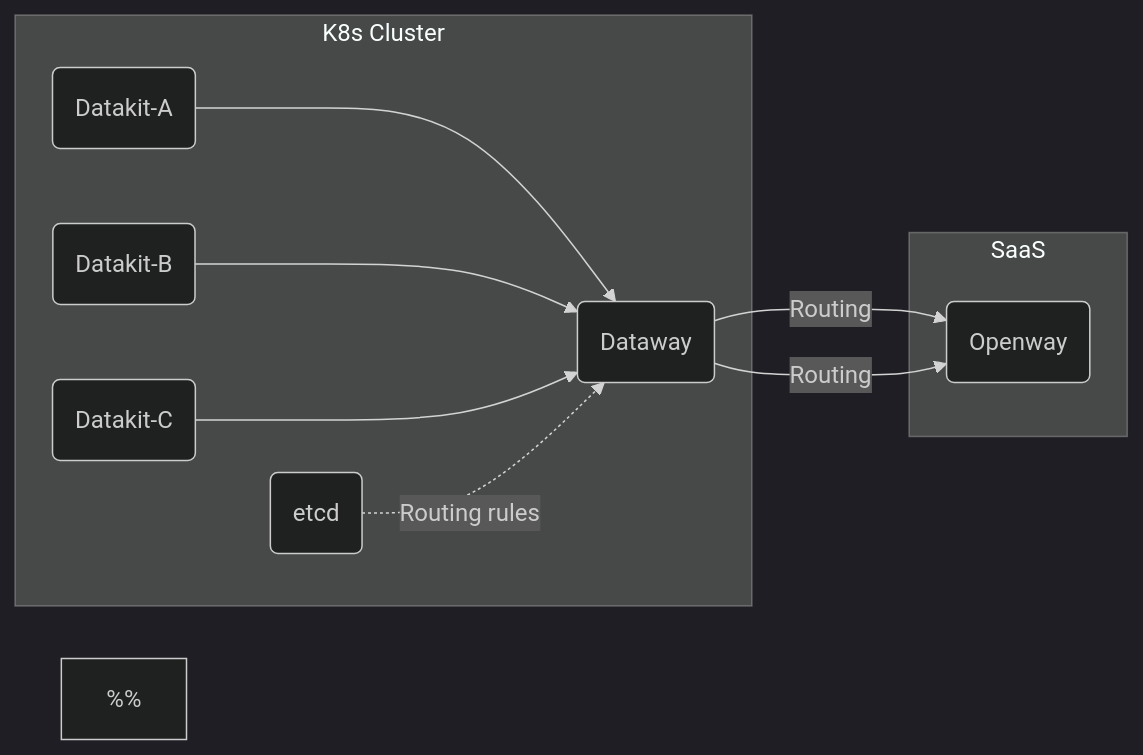
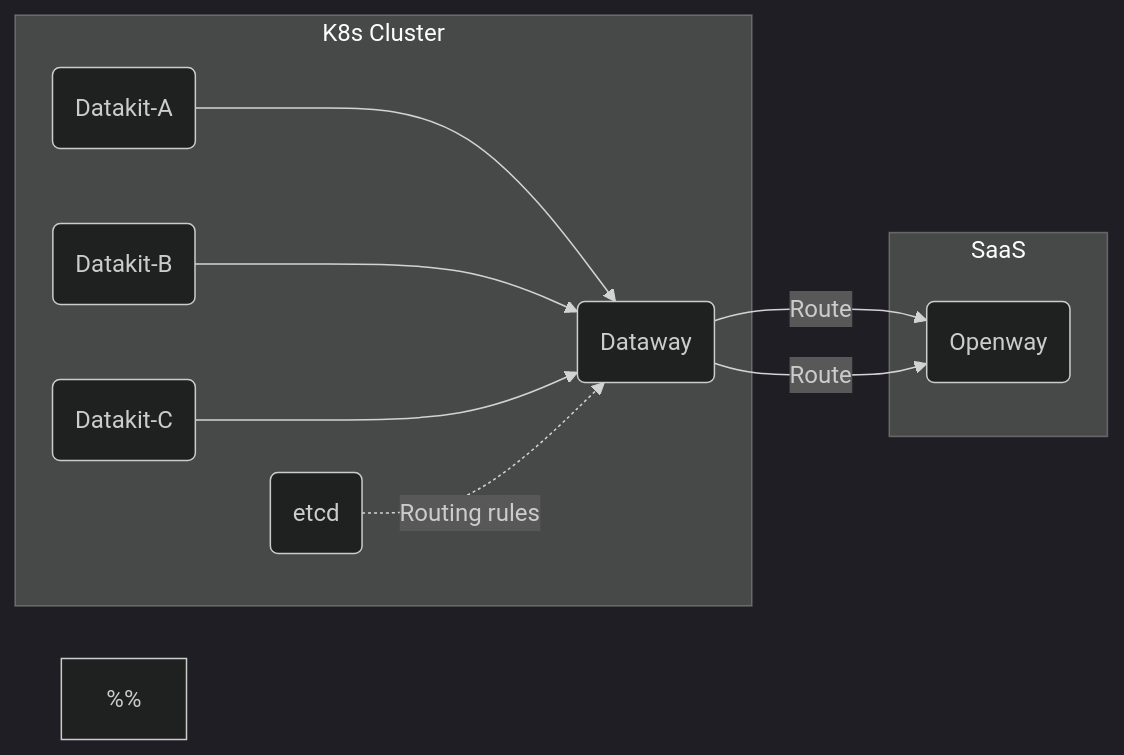
One commit to GuanceCloud/guance-docs changed the second of 2 diagrams in docs/en-ai/deployment/dataway-sink.md. Above: the diagram before and after it, drawn with Mermaid (dark theme). The commit also changed other lines of this file and 1830 other files, not shown here.

````diff
--- a/docs/en-ai/deployment/dataway-sink.md
+++ b/docs/en-ai/deployment/dataway-sink.md
@@ -59,22 +65,22 @@
 ```mermaid
 flowchart LR;
 dk1(Datakit-A);
 dk2(Datakit-B);
 dk3(Datakit-C);
 sink_dw(Dataway);
 openway(Openway);
 etcd(etcd);
 %%
 
 subgraph "K8s Cluster"
 dk1 ---> sink_dw
 dk2 ---> sink_dw
 dk3 ---> sink_dw
 etcd-.-> |Routing rules|sink_dw
 end
 
 subgraph "SaaS"
-sink_dw --> |Routing|openway;
-sink_dw --> |Routing|openway;
+sink_dw --> |Route|openway;
+sink_dw --> |Route|openway;
 end
 ```
````
